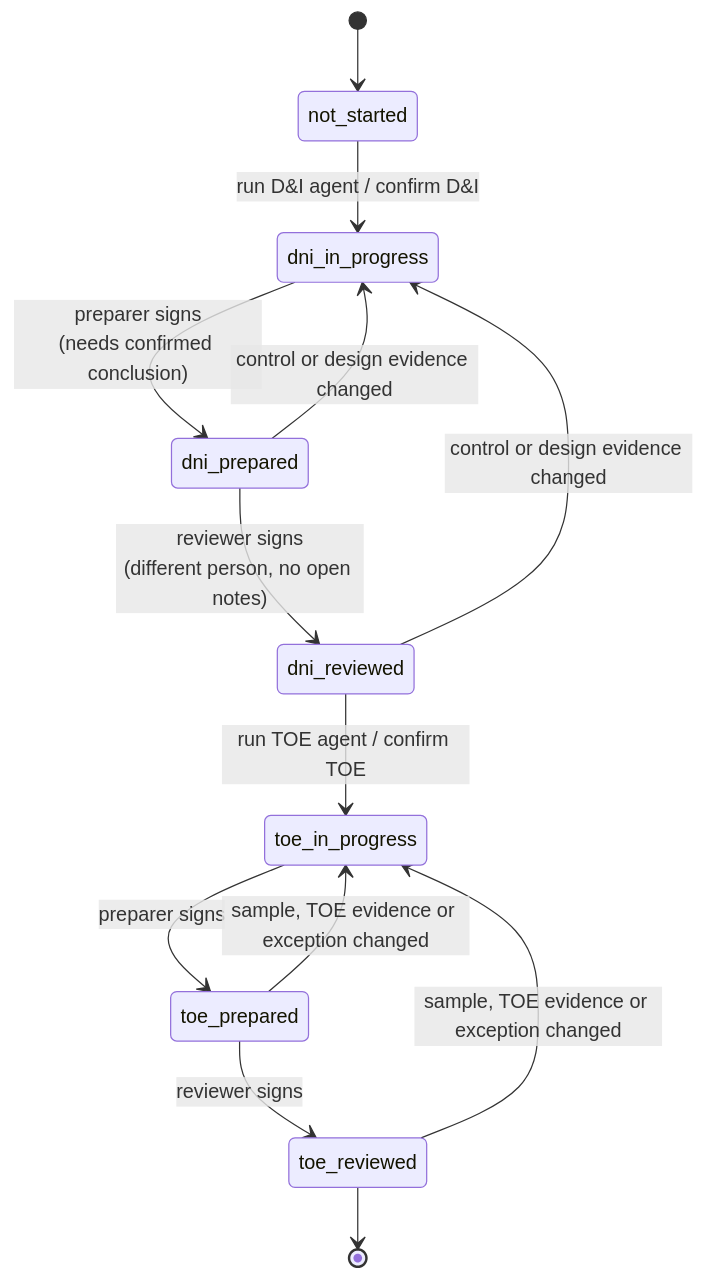
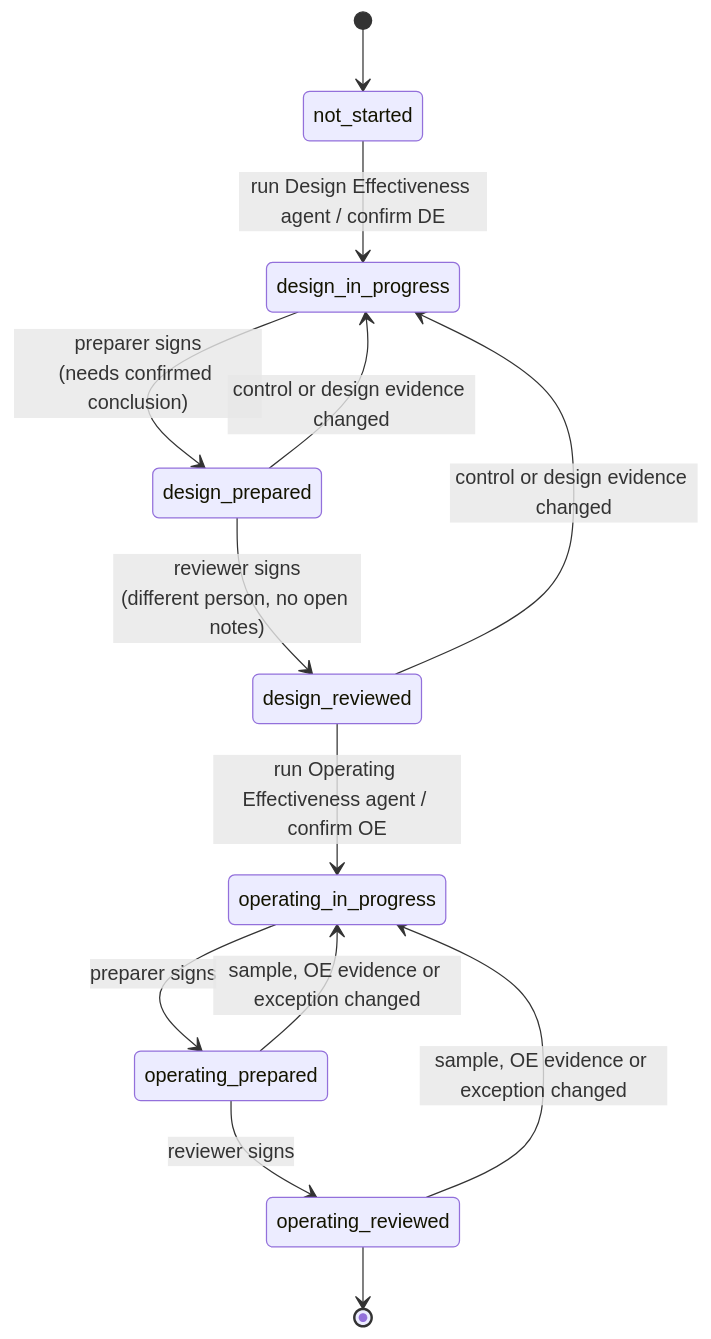
The fourth of 5 diagrams in docs/ARCHITECTURE.md (Shiripatel/controllens), drawn with Mermaid before and after one commit. The commit also changed other lines of this file and 29 other files, not shown here.

First line of the commit message:
Rename D&I/TOE to standard Design Effectiveness (DE) and Operating Effectiveness (OE)

````diff
--- a/docs/ARCHITECTURE.md
+++ b/docs/ARCHITECTURE.md
@@ -170,16 +170,16 @@
 ```mermaid
 stateDiagram-v2
     [*] --> not_started
-    not_started --> dni_in_progress: run D&I agent / confirm D&I
-    dni_in_progress --> dni_prepared: preparer signs<br/>(needs confirmed conclusion)
-    dni_prepared --> dni_reviewed: reviewer signs<br/>(different person, no open notes)
-    dni_reviewed --> toe_in_progress: run TOE agent / confirm TOE
-    toe_in_progress --> toe_prepared: preparer signs
-    toe_prepared --> toe_reviewed: reviewer signs
-    toe_reviewed --> [*]
+    not_started --> design_in_progress: run Design Effectiveness agent / confirm DE
+    design_in_progress --> design_prepared: preparer signs<br/>(needs confirmed conclusion)
+    design_prepared --> design_reviewed: reviewer signs<br/>(different person, no open notes)
+    design_reviewed --> operating_in_progress: run Operating Effectiveness agent / confirm OE
+    operating_in_progress --> operating_prepared: preparer signs
+    operating_prepared --> operating_reviewed: reviewer signs
+    operating_reviewed --> [*]
 
-    dni_prepared --> dni_in_progress: control or design evidence changed
-    dni_reviewed --> dni_in_progress: control or design evidence changed
-    toe_prepared --> toe_in_progress: sample, TOE evidence or exception changed
-    toe_reviewed --> toe_in_progress: sample, TOE evidence or exception changed
+    design_prepared --> design_in_progress: control or design evidence changed
+    design_reviewed --> design_in_progress: control or design evidence changed
+    operating_prepared --> operating_in_progress: sample, OE evidence or exception changed
+    operating_reviewed --> operating_in_progress: sample, OE evidence or exception changed
 ```
````
